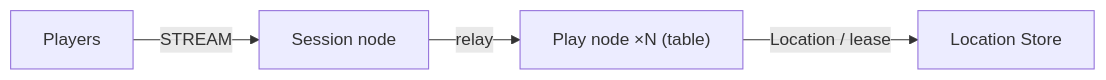
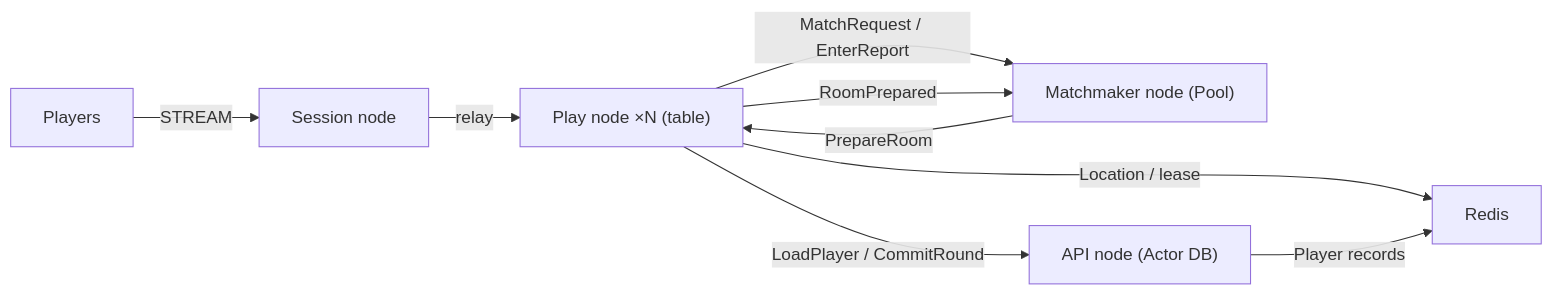
Before and after one commit to zlink-systems/zlink: the diagram in framework/languages/cpp/templates/board-tables/my-game/README.md, drawn with Mermaid. The commit also changed other lines of this file and 47 other files, not shown here.

````diff
--- a/framework/languages/cpp/templates/board-tables/my-game/README.md
+++ b/framework/languages/cpp/templates/board-tables/my-game/README.md
@@ -5,6 +5,11 @@
 ```mermaid
 flowchart LR
   Players -->|STREAM| Session["Session node"]
   Session -->|relay| Tables["Play node ×N (table)"]
-  Tables -->|"Location / lease"| Location["Location Store"]
+  Tables -->|"Location / lease"| Location["Redis"]
+  Tables -->|MatchRequest / EnterReport| Pool["Matchmaker node (Pool)"]
+  Pool -->|PrepareRoom| Tables
+  Tables -->|RoomPrepared| Pool
+  Tables -->|LoadPlayer / CommitRound| API["API node (Actor DB)"]
+  API -->|Player records| Location
 ```
````
